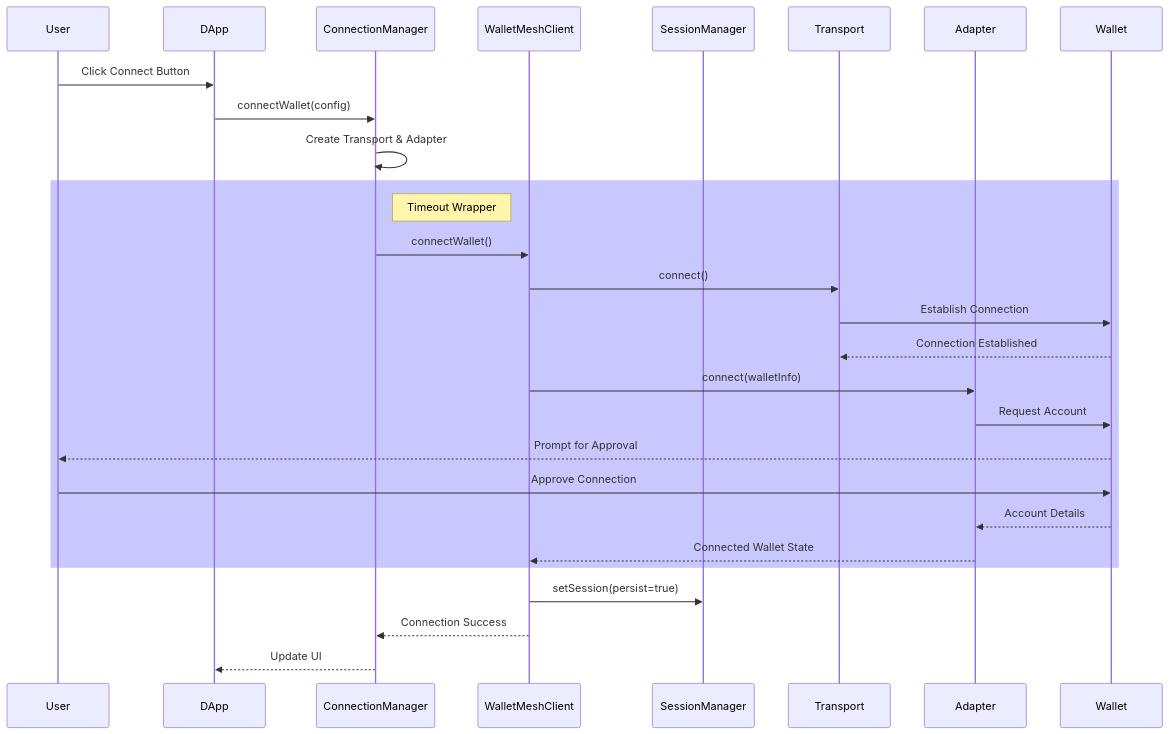
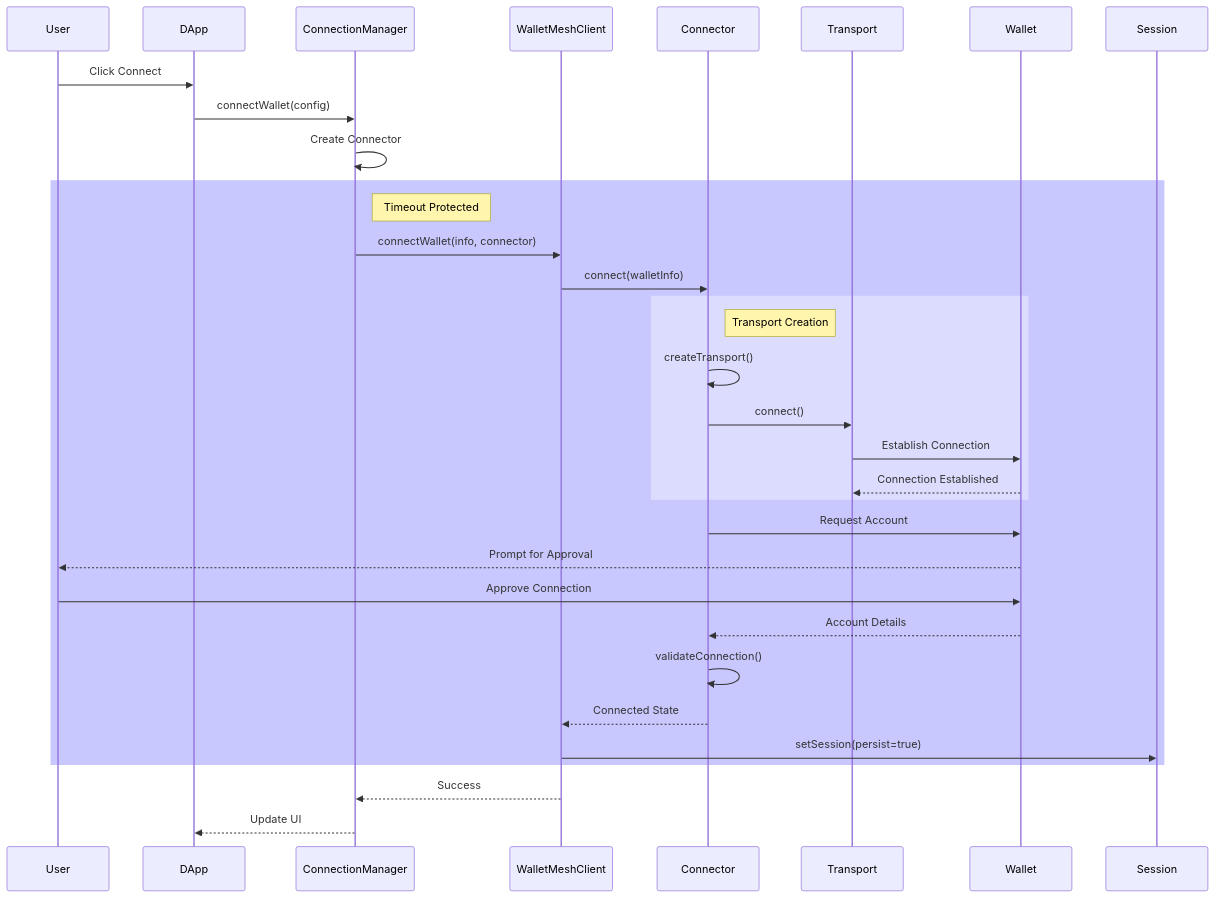
Before and after one commit to WalletMesh/walletmesh-packages: the diagram in core/modal/README.md, drawn with Mermaid. The commit also changed other lines of this file and 81 other files, not shown here.

````diff
--- a/core/modal/README.md
+++ b/core/modal/README.md
@@ -44,33 +172,39 @@
 ```mermaid
 sequenceDiagram
     participant User
     participant DApp
     participant ConnMgr as ConnectionManager
     participant Client as WalletMeshClient
-    participant Session as SessionManager
+    participant Connector
     participant Transport
-    participant Adapter
     participant Wallet
 
-    User->>DApp: Click Connect Button
+    User->>DApp: Click Connect
     DApp->>ConnMgr: connectWallet(config)
-    ConnMgr->>ConnMgr: Create Transport & Adapter
+    ConnMgr->>ConnMgr: Create Connector
     
     rect rgb(200, 200, 255)
-        note right of ConnMgr: Timeout Wrapper
-        ConnMgr->>Client: connectWallet()
-        Client->>Transport: connect()
-        Transport->>Wallet: Establish Connection
-        Wallet-->>Transport: Connection Established
-        Client->>Adapter: connect(walletInfo)
-        Adapter->>Wallet: Request Account
+        note right of ConnMgr: Timeout Protected
+        ConnMgr->>Client: connectWallet(info, connector)
+        Client->>Connector: connect(walletInfo)
+        
+        rect rgb(220, 220, 255)
+            note right of Connector: Transport Creation
+            Connector->>Connector: createTransport()
+            Connector->>Transport: connect()
+            Transport->>Wallet: Establish Connection
+            Wallet-->>Transport: Connection Established
+        end
+        
+        Connector->>Wallet: Request Account
         Wallet-->>User: Prompt for Approval
         User->>Wallet: Approve Connection
-        Wallet-->>Adapter: Account Details
-        Adapter-->>Client: Connected Wallet State
+        Wallet-->>Connector: Account Details
+        Connector->>Connector: validateConnection()
+        Connector-->>Client: Connected State
+        Client->>Session: setSession(persist=true)
     end
 
-    Client->>Session: setSession(persist=true)
-    Client-->>ConnMgr: Connection Success
+    Client-->>ConnMgr: Success
     ConnMgr-->>DApp: Update UI
 ```
````
